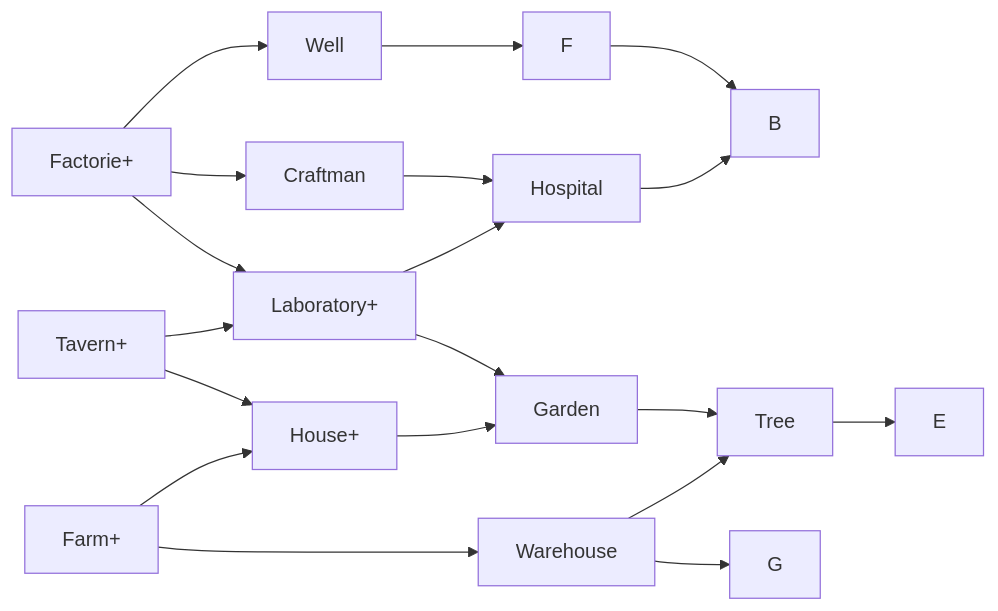
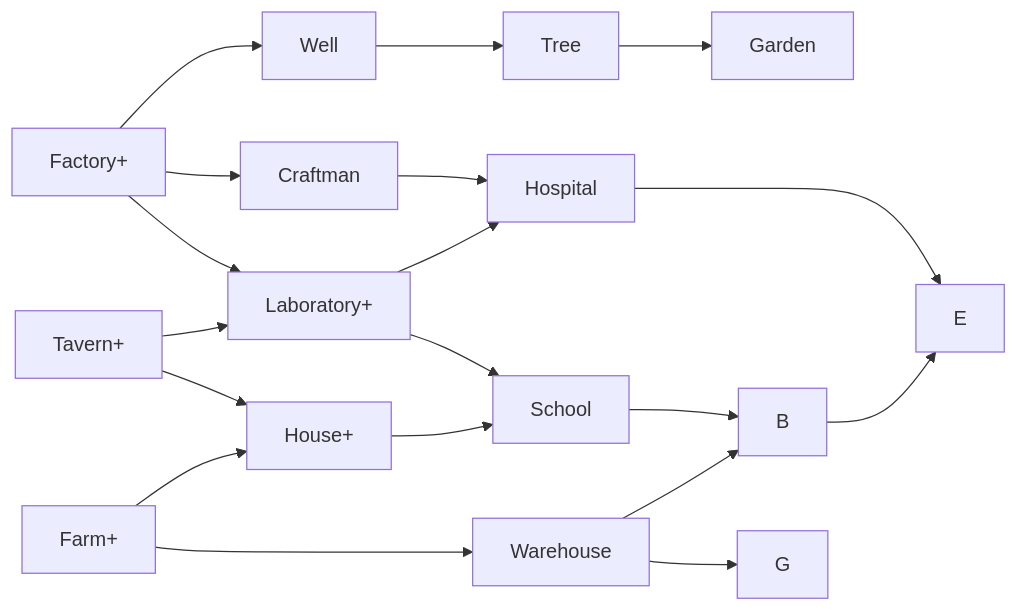
Before and after one commit to robustsolution/kotlin-city-builder: the diagram in gameDesign/general.md, drawn with Mermaid. The commit also changed other lines of this file and 1 other file, not shown here.

Commit message:
Skill Tree

````diff
--- a/gameDesign/general.md
+++ b/gameDesign/general.md
@@ -60,21 +48,21 @@
 ```mermaid
 graph LR
-  House+ --> Garden;
-  F --> B;
-  Hospital --> B;
-  Factorie+ --> Well;
-  Factorie+ --> Craftman;
-  Factorie+ --> Laboratory+;
+  House+ --> School;
+  Well --> Tree;
+  Tree --> Garden;
+  Factory+ --> Well;
+  Factory+ --> Craftman;
+  Factory+ --> Laboratory+;
   Tavern+ --> Laboratory+;
   Tavern+ --> House+;
   Farm+ --> House+;
+  Craftman --> Hospital;
+  Hospital --> E;
+  B --> E;
   Farm+ --> Warehouse;
-  Craftman --> Hospital;
   Laboratory+ --> Hospital;
-  Laboratory+ --> Garden;
-  Garden --> Tree;
-  Warehouse --> Tree;
-  Well --> F;
-  Tree --> E;
+  Laboratory+ --> School;
+  School --> B;
+  Warehouse --> B;
   Warehouse --> G;
 ```
````
